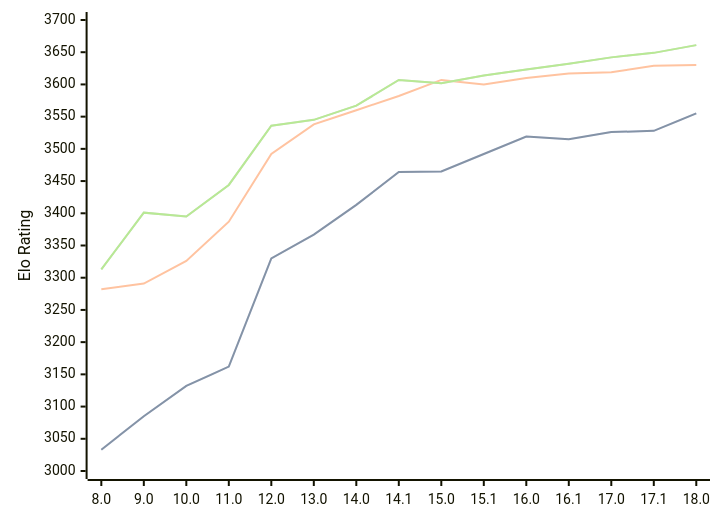
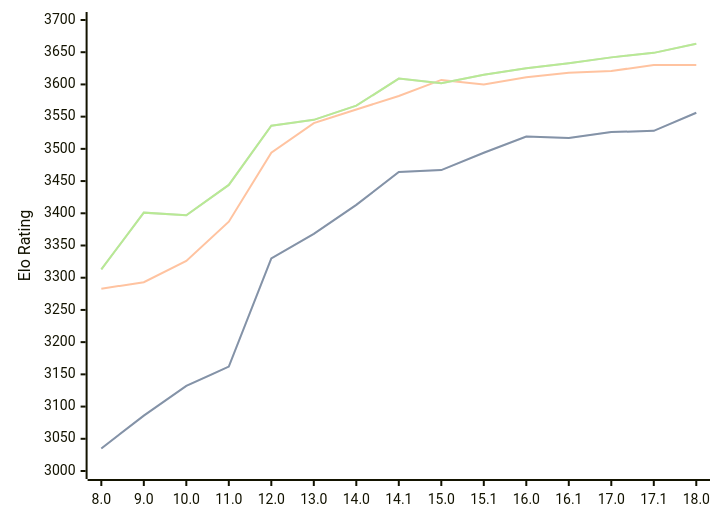
Before and after one commit to computer-chess-index/cci: the diagram in engines/Stockfish.md, drawn with Mermaid. The commit also changed other lines of this file, not shown here.

Commit message:
Update CCI Ratings (ELO VLTC) - 2026-05-04

````diff
--- a/engines/Stockfish.md
+++ b/engines/Stockfish.md
@@ -46,11 +46,11 @@
 ```mermaid
 %%{init: {"theme":"base","themeVariables":{"seriesColors:['#a3a3a3','#222221','#faa371']}}}%%
 xychart-beta
   x-axis ["8.0", "9.0", "10.0", "11.0", "12.0", "13.0", "14.0", "14.1", "15.0", "15.1", "16.0", "16.1", "17.0", "17.1", "18.0"]
   y-axis "Elo Rating" 3000 --> 3700
-  line "STC (8.0+0.08s)" [3033, 3085, 3132, 3162, 3330, 3367, 3413, 3464, 3465, 3492, 3519, 3515, 3526, 3528, 3555]
-  line "STC (8.0+0.08s)" [3033, 3085, 3132, 3162, 3330, 3367, 3413, 3464, 3465, 3492, 3519, 3515, 3526, 3528, 3555]
-  line "LTC (60.0+0.60s)" [3282, 3291, 3326, 3387, 3492, 3538, 3560, 3582, 3607, 3600, 3610, 3617, 3619, 3629, 3630]
-  line "VLTC (2m24s+1.12s)" [3313, 3401, 3395, 3444, 3536, 3545, 3567, 3607, 3602, 3614, 3623, 3632, 3642, 3649, 3661]
-  line "VLTC (2m24s+1.12s)" [3313, 3401, 3395, 3444, 3536, 3545, 3567, 3607, 3602, 3614, 3623, 3632, 3642, 3649, 3661]
+  line "STC (8.0+0.08s)" [3035, 3086, 3132, 3162, 3330, 3368, 3413, 3464, 3467, 3494, 3519, 3517, 3526, 3528, 3556]
+  line "STC (8.0+0.08s)" [3035, 3086, 3132, 3162, 3330, 3368, 3413, 3464, 3467, 3494, 3519, 3517, 3526, 3528, 3556]
+  line "LTC (60.0+0.60s)" [3283, 3293, 3326, 3387, 3494, 3540, 3561, 3582, 3607, 3600, 3611, 3618, 3621, 3630, 3630]
+  line "VLTC (2m24s+1.12s)" [3313, 3401, 3397, 3444, 3536, 3545, 3567, 3609, 3602, 3615, 3625, 3633, 3642, 3649, 3663]
+  line "VLTC (2m24s+1.12s)" [3313, 3401, 3397, 3444, 3536, 3545, 3567, 3609, 3602, 3615, 3625, 3633, 3642, 3649, 3663]
 ```
````
